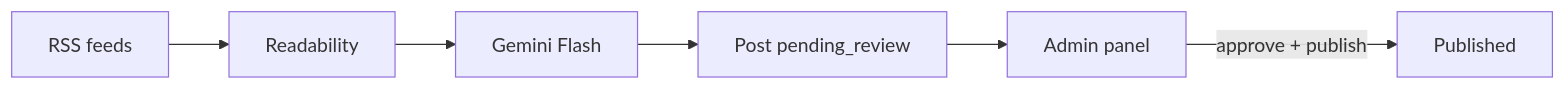
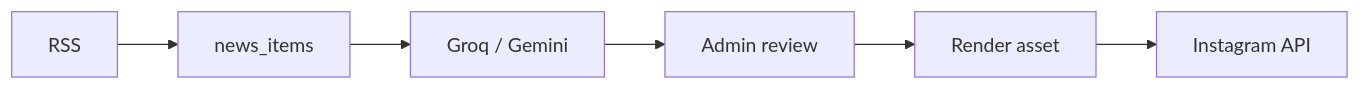
The diagram in README.md (yattaran/nopromete), drawn with Mermaid before and after one commit. The commit also changed other lines of this file and 105 other files, not shown here.

````diff
--- a/README.md
+++ b/README.md
@@ -43,8 +29,8 @@
 ```mermaid
 flowchart LR
-  RSS[RSS feeds] --> Extract[Readability]
-  Extract --> LLM[Gemini Flash]
-  LLM --> Draft[Post pending_review]
-  Draft --> Admin[Admin panel]
-  Admin -->|approve + publish| Published[Published]
+  RSS --> news_items
+  news_items --> LLM[Groq / Gemini]
+  LLM --> review[Admin review]
+  review --> asset[Render asset]
+  asset --> IG[Instagram API]
 ```
````
